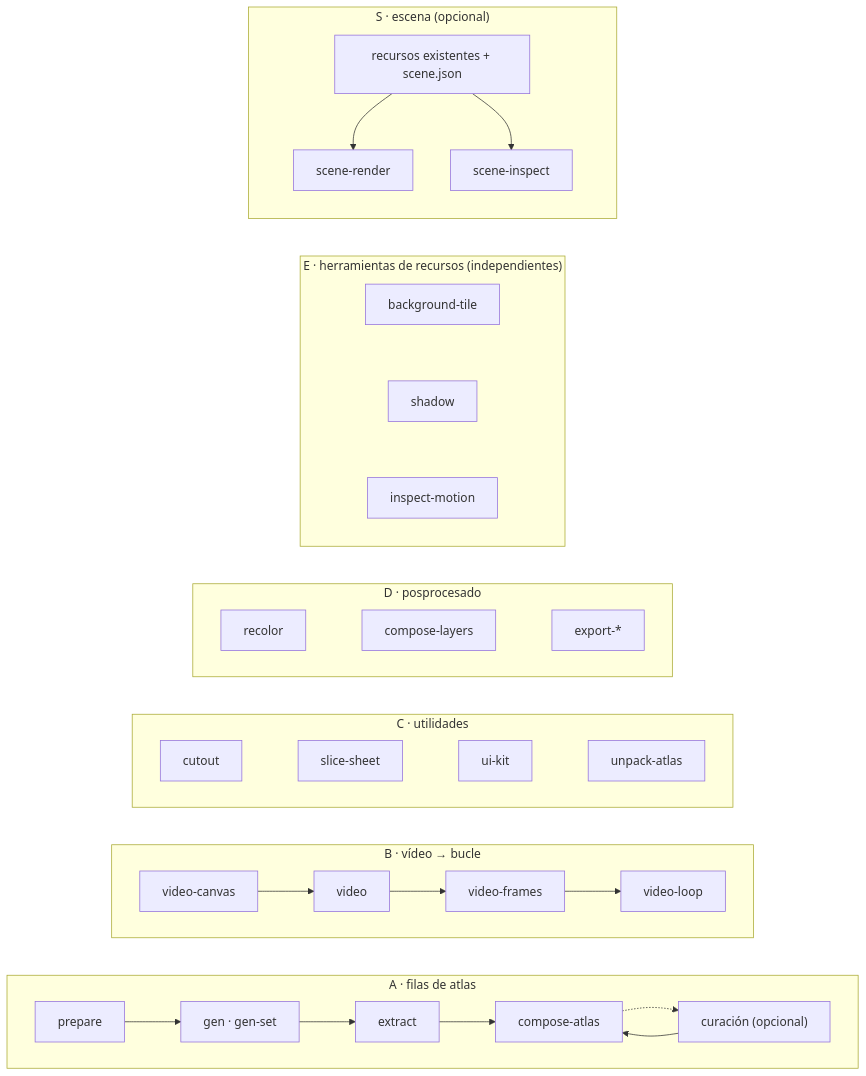
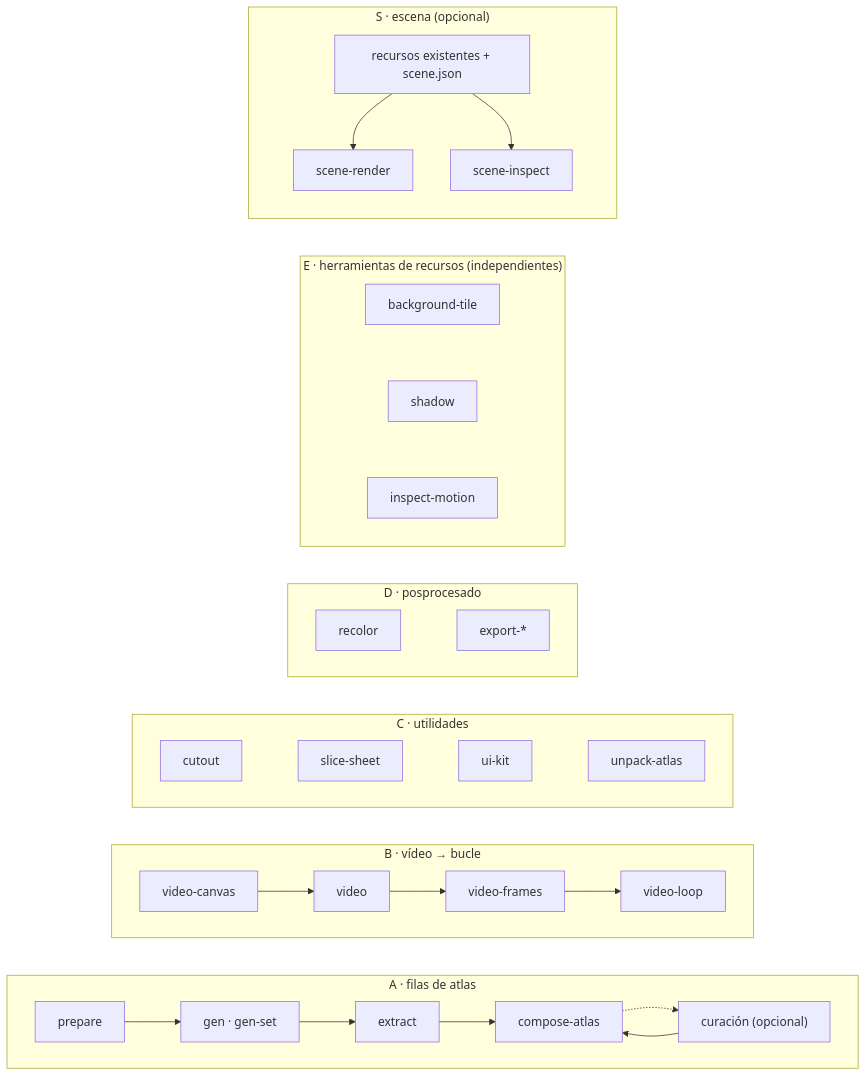
One commit to gabrielmoreira/agent-skills-mirror changed the diagram in mirrors/repos/aldegad@sprite-gen/README.es.md. Above: the diagram before and after it, drawn with Mermaid. The commit also changed other lines of this file and 16521 other files, not shown here.

````diff
--- a/mirrors/repos/aldegad@sprite-gen/README.es.md
+++ b/mirrors/repos/aldegad@sprite-gen/README.es.md
@@ -39,28 +39,28 @@
 ```mermaid
 flowchart LR
     subgraph A["A · filas de atlas"]
         direction LR
         a1[prepare] --> a2["gen · gen-set"] --> a3[extract] --> a5[compose-atlas]
         a5 -.-> a4["curación (opcional)"]
         a4 --> a5
     end
     subgraph B["B · vídeo → bucle"]
         direction LR
         b1[video-canvas] --> b2[video] --> b3[video-frames] --> b4[video-loop]
     end
     subgraph C["C · utilidades"]
         direction LR
         c1[cutout] ~~~ c2[slice-sheet] ~~~ c4[ui-kit] ~~~ c3[unpack-atlas]
     end
     subgraph D["D · posprocesado"]
         direction LR
-        d1[recolor] ~~~ d2[compose-layers] ~~~ d3[export-*]
+        d1[recolor] ~~~ d2[export-*]
     end
     subgraph E["E · herramientas de recursos (independientes)"]
         e1[background-tile] ~~~ e2[shadow] ~~~ e3[inspect-motion]
     end
     subgraph S["S · escena (opcional)"]
         s1["recursos existentes + scene.json"] --> s2[scene-render]
         s1 --> s3[scene-inspect]
     end
 ```
````
